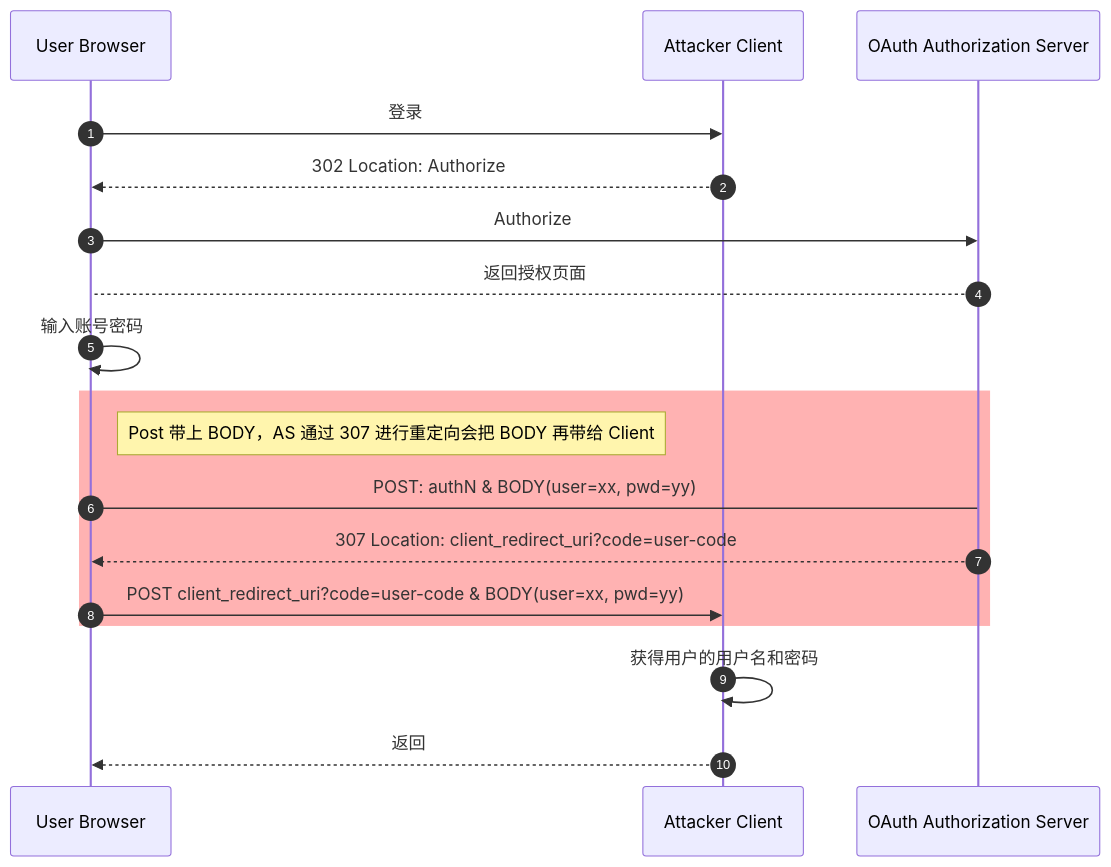
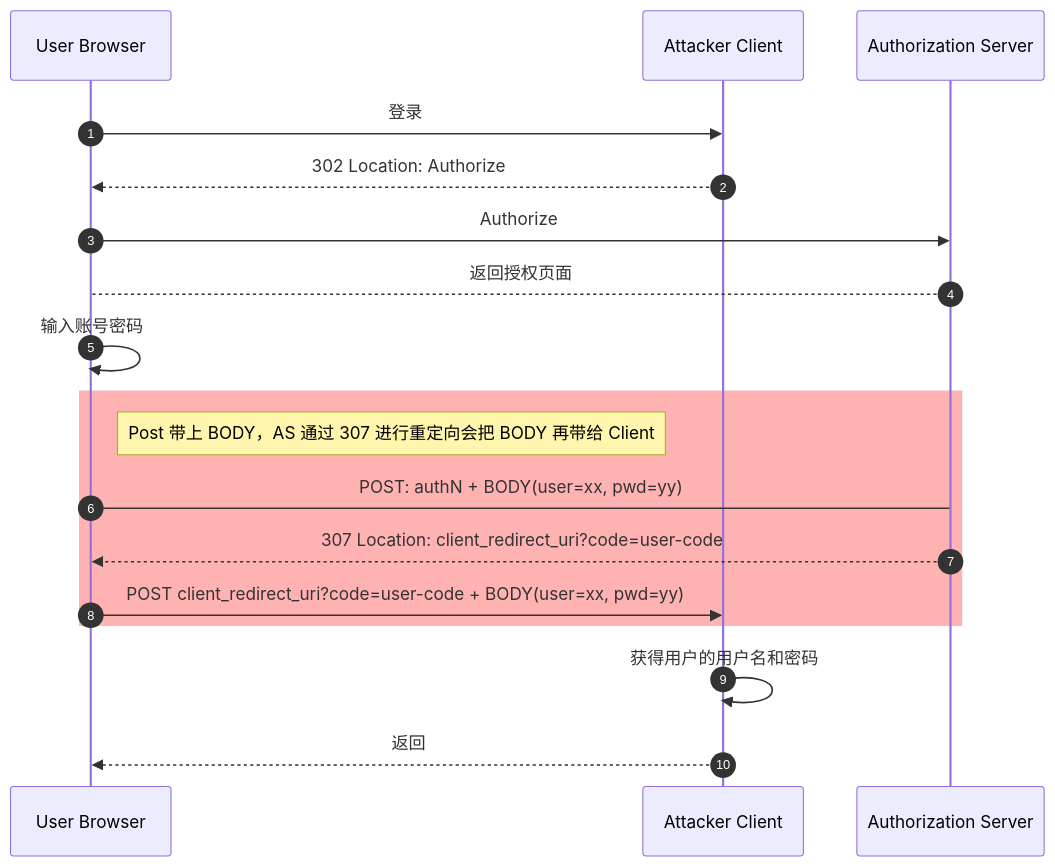
Before and after one commit to lsj9383/blog: the eighth of 9 diagrams in posts/oauth-best-practice/readme.md, drawn with Mermaid. The commit also changed other lines of this file, not shown here.

````diff
--- a/posts/oauth-best-practice/readme.md
+++ b/posts/oauth-best-practice/readme.md
@@ -710,23 +721,23 @@
 ```mermaid
 sequenceDiagram
 autonumber
 
 participant user as User Browser
 participant client as Attacker Client
-participant authz_server as OAuth Authorization Server
+participant authz_server as Authorization Server
 
 user ->> client: 登录
 client -->> user: 302 Location: Authorize
 user ->> authz_server: Authorize
 authz_server --> user: 返回授权页面
 user ->> user: 输入账号密码
 
 rect rgb(255, 0, 0, .3)
     Note right of user: Post 带上 BODY，AS 通过 307 进行重定向会把 BODY 再带给 Client
-    user -> authz_server: POST: authN & BODY(user=xx, pwd=yy)
+    user -> authz_server: POST: authN + BODY(user=xx, pwd=yy)
     authz_server -->> user: 307 Location: client_redirect_uri?code=user-code
-    user ->> client: POST client_redirect_uri?code=user-code & BODY(user=xx, pwd=yy)
+    user ->> client: POST client_redirect_uri?code=user-code + BODY(user=xx, pwd=yy)
 end
 client ->> client: 获得用户的用户名和密码
 client -->> user: 返回
 ```
````
